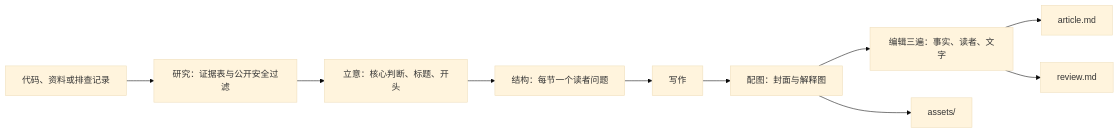
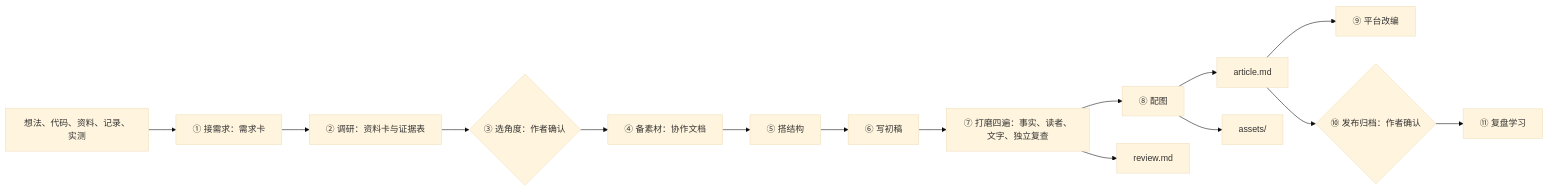
The diagram in docs/architecture.md (zk84593356/ai-knowledge), drawn with Mermaid (base theme) before and after one commit. The commit also changed other lines of this file and 80 other files, not shown here.

````diff
--- a/docs/architecture.md
+++ b/docs/architecture.md
@@ -5,12 +5,17 @@
 ```mermaid
 flowchart LR
-    I["代码、资料或排查记录"] --> R["研究：证据表与公开安全过滤"]
-    R --> P["立意：核心判断、标题、开头"]
-    P --> S["结构：每节一个读者问题"]
-    S --> W["写作"]
-    W --> V["配图：封面与解释图"]
-    V --> E["编辑三遍：事实、读者、文字"]
-    E --> A["article.md"]
+    I["想法、代码、资料、记录、实测"] --> N["① 接需求：需求卡"]
+    N --> R["② 调研：资料卡与证据表"]
+    R --> G{"③ 选角度：作者确认"}
+    G --> M["④ 备素材：协作文档"]
+    M --> S["⑤ 搭结构"]
+    S --> W["⑥ 写初稿"]
+    W --> E["⑦ 打磨四遍：事实、读者、文字、独立复查"]
+    E --> V["⑧ 配图"]
+    V --> A["article.md"]
     E --> RV["review.md"]
     V --> AS["assets/"]
+    A --> P["⑨ 平台改编"]
+    A --> F{"⑩ 发布归档：作者确认"}
+    F --> L["⑪ 复盘学习"]
 ```
````
